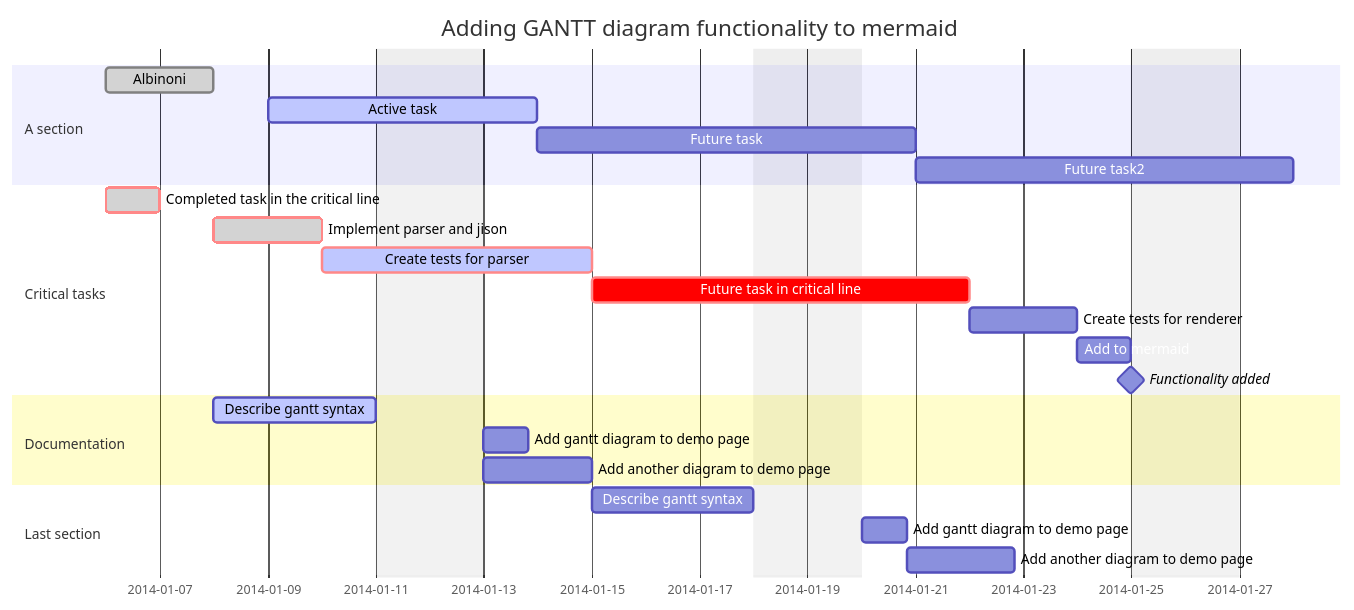
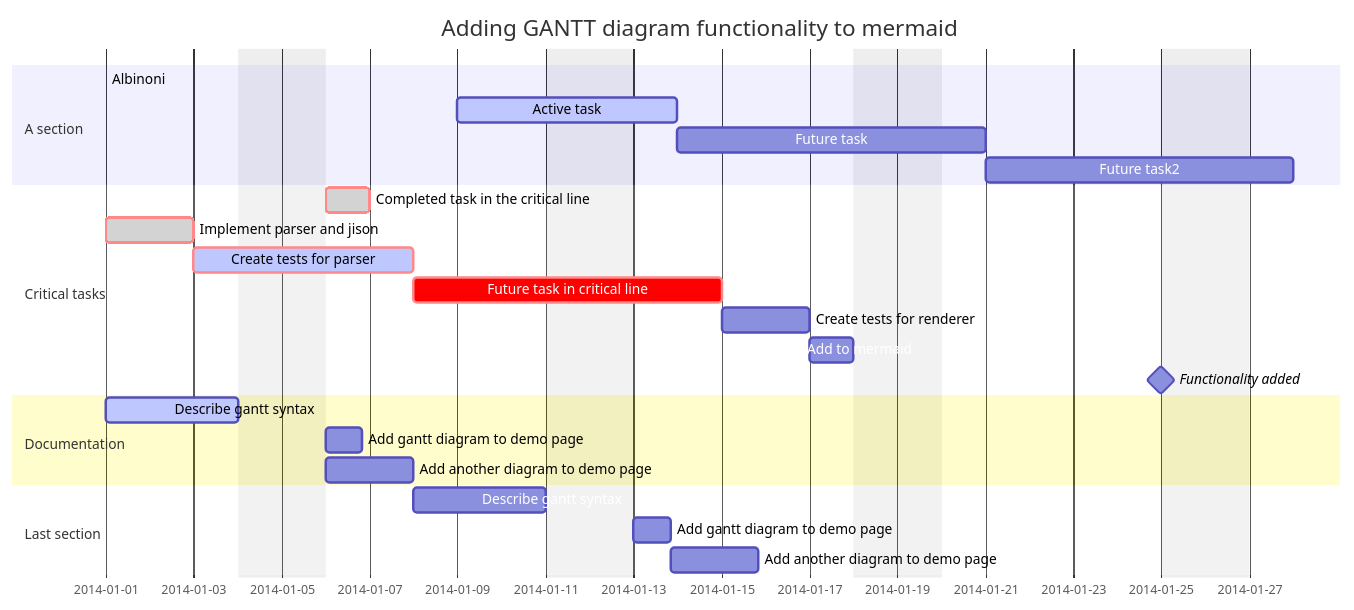
The diagram in list.md (theattitudepointe/composer_challenge), drawn with Mermaid before and after one commit. The commit also changed other lines of this file, not shown here.

````diff
--- a/list.md
+++ b/list.md
@@ -5,32 +6,32 @@
 ```mermaid
 gantt
     dateFormat  YYYY-MM-DD
     title       Adding GANTT diagram functionality to mermaid
     excludes    weekends
     %% (`excludes` accepts specific dates in YYYY-MM-DD format, days of the week ("sunday") or "weekends", but not the word "weekdays".)
 
     section A section
-    Albinoni           :done,    des1, 2014-01-06,2014-01-08
+    Albinoni           :done,    des1, 2014,2019
     Active task               :active,  des2, 2014-01-09, 3d
     Future task               :         des3, after des2, 5d
     Future task2              :         des4, after des3, 5d
 
     section Critical tasks
     Completed task in the critical line :crit, done, 2014-01-06,24h
     Implement parser and jison          :crit, done, after des1, 2d
     Create tests for parser             :crit, active, 3d
     Future task in critical line        :crit, 5d
     Create tests for renderer           :2d
     Add to mermaid                      :1d
     Functionality added                 :milestone, 2014-01-25, 0d
 
     section Documentation
     Describe gantt syntax               :active, a1, after des1, 3d
     Add gantt diagram to demo page      :after a1  , 20h
     Add another diagram to demo page    :doc1, after a1  , 48h
 
     section Last section
     Describe gantt syntax               :after doc1, 3d
     Add gantt diagram to demo page      :20h
     Add another diagram to demo page    :48h
 ```
````
